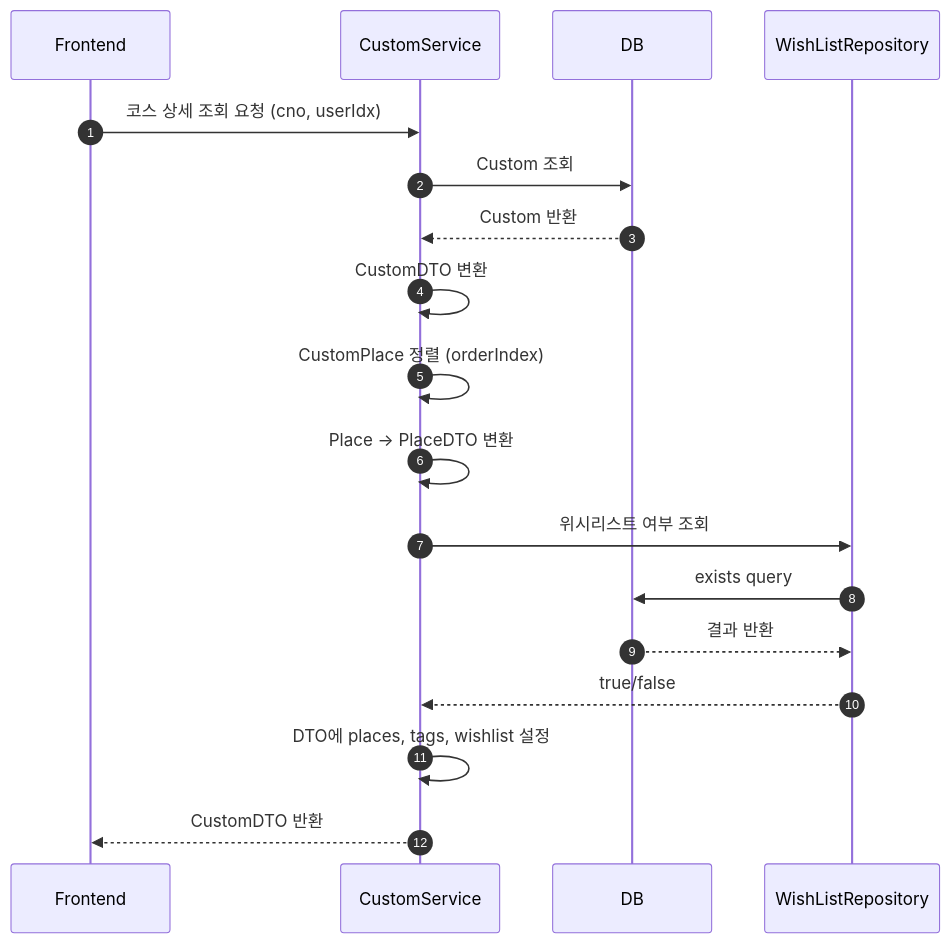
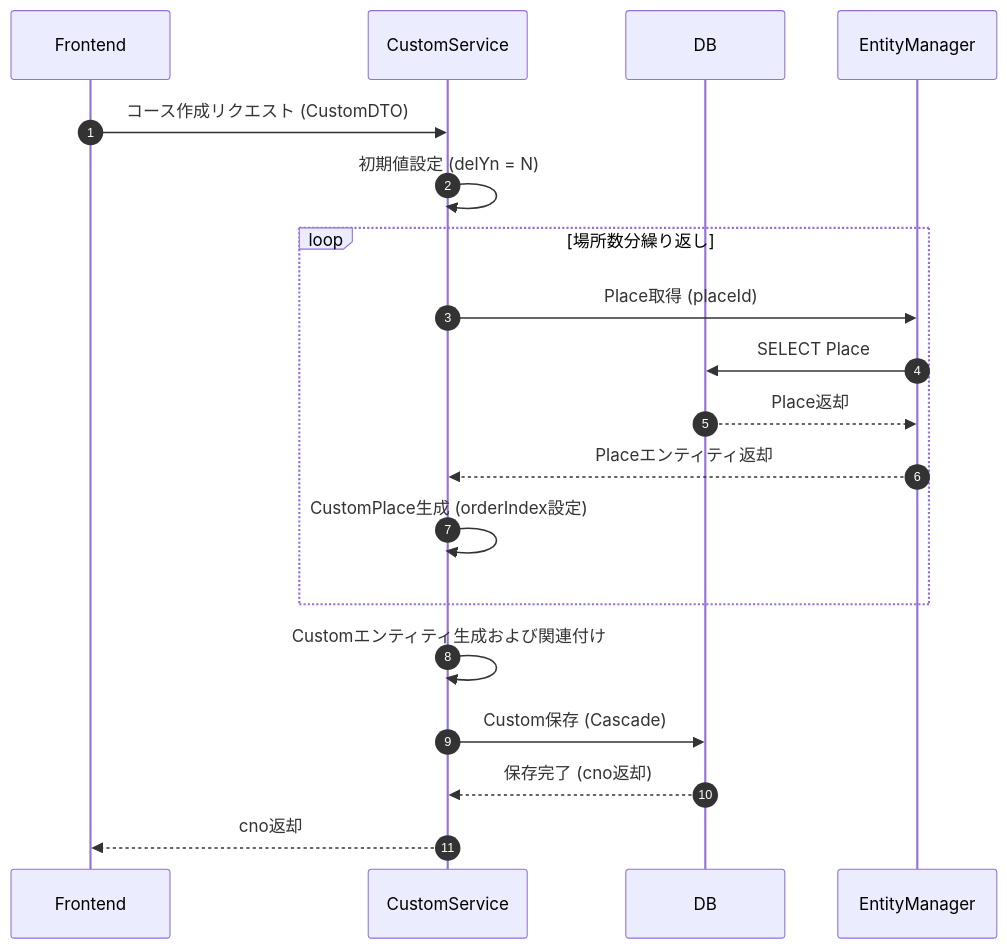
One commit to You-HyunHo/Final-Project changed the first of 10 diagrams in README_img/SEQUENCE.md. Above: the diagram before and after it, drawn with Mermaid. The commit also changed other lines of this file, not shown here.

````diff
--- a/README_img/SEQUENCE.md
+++ b/README_img/SEQUENCE.md
@@ -4,27 +4,28 @@
 ```mermaid
 sequenceDiagram
-autonumber
-participant FE as Frontend
-participant BE as CustomService
-participant DB
-participant WL as WishListRepository
+    autonumber
+    participant FE as Frontend
+    participant BE as CustomService
+    participant DB
+    participant EM as EntityManager
 
-    FE->>BE: 코스 상세 조회 요청 (cno, userIdx)
+    FE->>BE: コース作成リクエスト (CustomDTO)
 
-    BE->>DB: Custom 조회
-    DB-->>BE: Custom 반환
+    BE->>BE: 初期値設定 (delYn = N)
 
-    BE->>BE: CustomDTO 변환
+    loop 場所数分繰り返し
+        BE->>EM: Place取得 (placeId)
+        EM->>DB: SELECT Place
+        DB-->>EM: Place返却
+        EM-->>BE: Placeエンティティ返却
 
-    BE->>BE: CustomPlace 정렬 (orderIndex)
-    BE->>BE: Place → PlaceDTO 변환
+        BE->>BE: CustomPlace生成 (orderIndex設定)
+    end
 
-    BE->>WL: 위시리스트 여부 조회
-    WL->>DB: exists query
-    DB-->>WL: 결과 반환
-    WL-->>BE: true/false
+    BE->>BE: Customエンティティ生成および関連付け
 
-    BE->>BE: DTO에 places, tags, wishlist 설정
+    BE->>DB: Custom保存 (Cascade)
+    DB-->>BE: 保存完了 (cno返却)
 
-    BE-->>FE: CustomDTO 반환
+    BE-->>FE: cno返却
 ```
````
